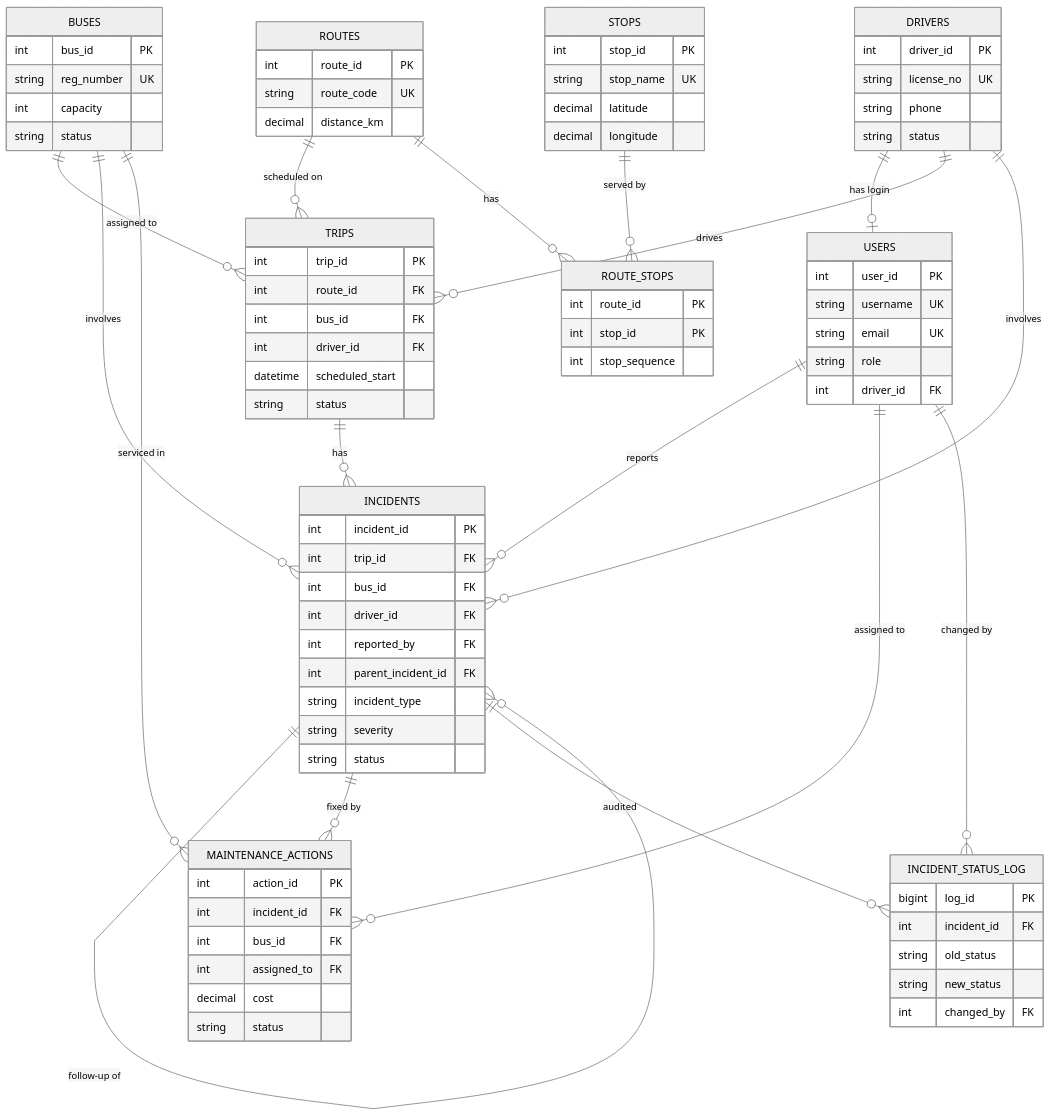
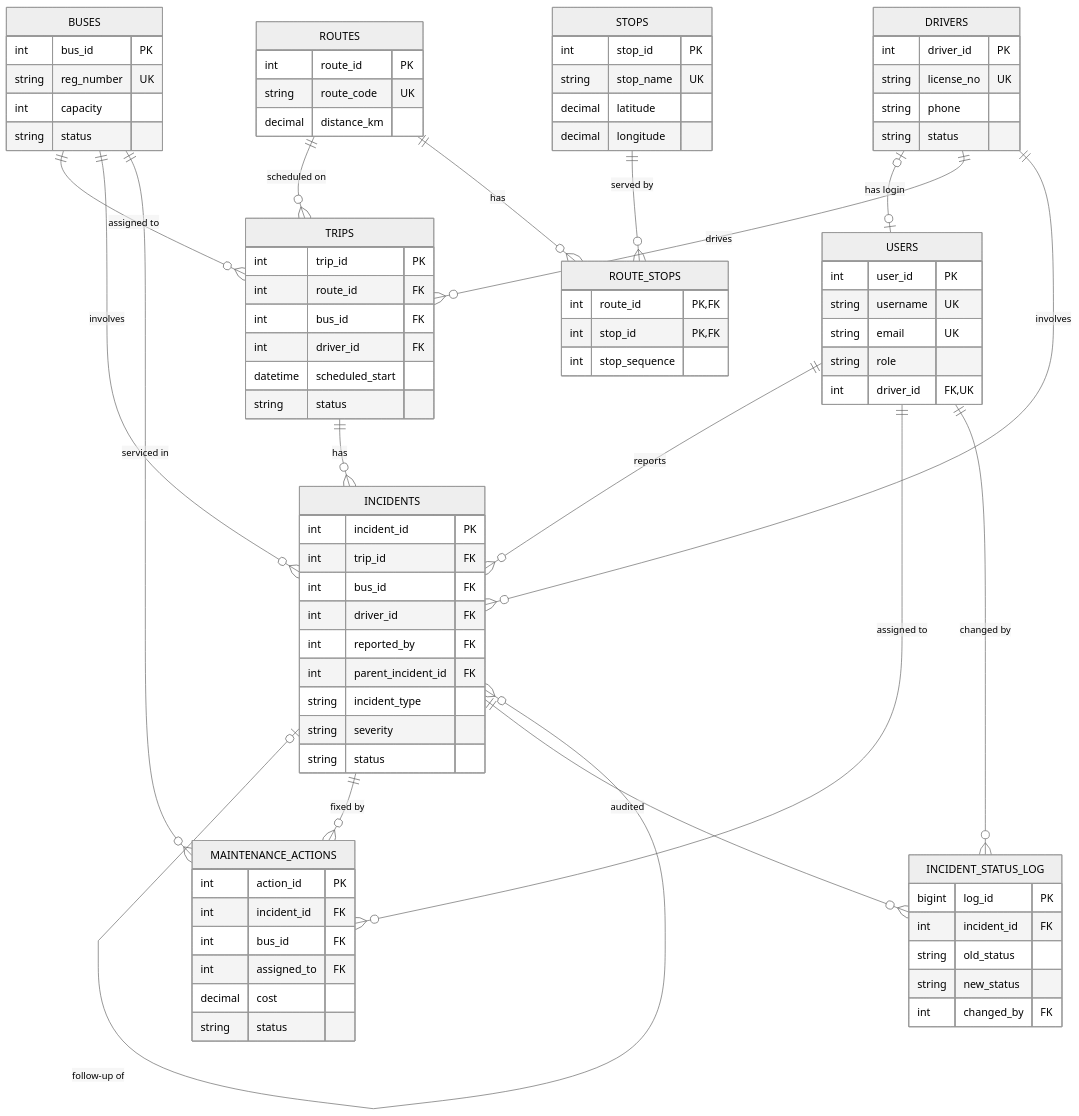
Before and after one commit to PES1UG24AM922/DBMS-MiniProject-FleetIncidentSystem: the diagram in docs/ER_diagram.md, drawn with Mermaid (neutral theme). The commit also changed other lines of this file and 29 other files, not shown here.

````diff
--- a/docs/ER_diagram.md
+++ b/docs/ER_diagram.md
@@ -5,6 +5,6 @@
 ```mermaid
 erDiagram
-    DRIVERS ||--o| USERS : "has login"
+    DRIVERS o|--o| USERS : "has login"
     DRIVERS ||--o{ TRIPS : drives
     BUSES ||--o{ TRIPS : "assigned to"
     ROUTES ||--o{ TRIPS : "scheduled on"
@@ -14,21 +14,80 @@
     BUSES ||--o{ INCIDENTS : involves
     DRIVERS ||--o{ INCIDENTS : involves
     USERS ||--o{ INCIDENTS : reports
-    INCIDENTS ||--o{ INCIDENTS : "follow-up of"
+    INCIDENTS o|--o{ INCIDENTS : "follow-up of"
     INCIDENTS ||--o{ MAINTENANCE_ACTIONS : "fixed by"
     BUSES ||--o{ MAINTENANCE_ACTIONS : "serviced in"
     USERS ||--o{ MAINTENANCE_ACTIONS : "assigned to"
     INCIDENTS ||--o{ INCIDENT_STATUS_LOG : audited
     USERS ||--o{ INCIDENT_STATUS_LOG : "changed by"
 
-    DRIVERS { int driver_id PK string license_no UK string phone string status }
-    USERS { int user_id PK string username UK string email UK string role int driver_id FK }
-    BUSES { int bus_id PK string reg_number UK int capacity string status }
-    ROUTES { int route_id PK string route_code UK decimal distance_km }
-    STOPS { int stop_id PK string stop_name UK decimal latitude decimal longitude }
-    ROUTE_STOPS { int route_id PK int stop_id PK int stop_sequence }
-    TRIPS { int trip_id PK int route_id FK int bus_id FK int driver_id FK datetime scheduled_start string status }
-    INCIDENTS { int incident_id PK int trip_id FK int bus_id FK int driver_id FK int reported_by FK int parent_incident_id FK string incident_type string severity string status }
-    MAINTENANCE_ACTIONS { int action_id PK int incident_id FK int bus_id FK int assigned_to FK decimal cost string status }
-    INCIDENT_STATUS_LOG { bigint log_id PK int incident_id FK string old_status string new_status int changed_by FK }
+    DRIVERS {
+        int driver_id PK
+        string license_no UK
+        string phone
+        string status
+    }
+    USERS {
+        int user_id PK
+        string username UK
+        string email UK
+        string role
+        int driver_id FK,UK
+    }
+    BUSES {
+        int bus_id PK
+        string reg_number UK
+        int capacity
+        string status
+    }
+    ROUTES {
+        int route_id PK
+        string route_code UK
+        decimal distance_km
+    }
+    STOPS {
+        int stop_id PK
+        string stop_name UK
+        decimal latitude
+        decimal longitude
+    }
+    ROUTE_STOPS {
+        int route_id PK,FK
+        int stop_id PK,FK
+        int stop_sequence
+    }
+    TRIPS {
+        int trip_id PK
+        int route_id FK
+        int bus_id FK
+        int driver_id FK
+        datetime scheduled_start
+        string status
+    }
+    INCIDENTS {
+        int incident_id PK
+        int trip_id FK
+        int bus_id FK
+        int driver_id FK
+        int reported_by FK
+        int parent_incident_id FK
+        string incident_type
+        string severity
+        string status
+    }
+    MAINTENANCE_ACTIONS {
+        int action_id PK
+        int incident_id FK
+        int bus_id FK
+        int assigned_to FK
+        decimal cost
+        string status
+    }
+    INCIDENT_STATUS_LOG {
+        bigint log_id PK
+        int incident_id FK
+        string old_status
+        string new_status
+        int changed_by FK
+    }
 ```
````
